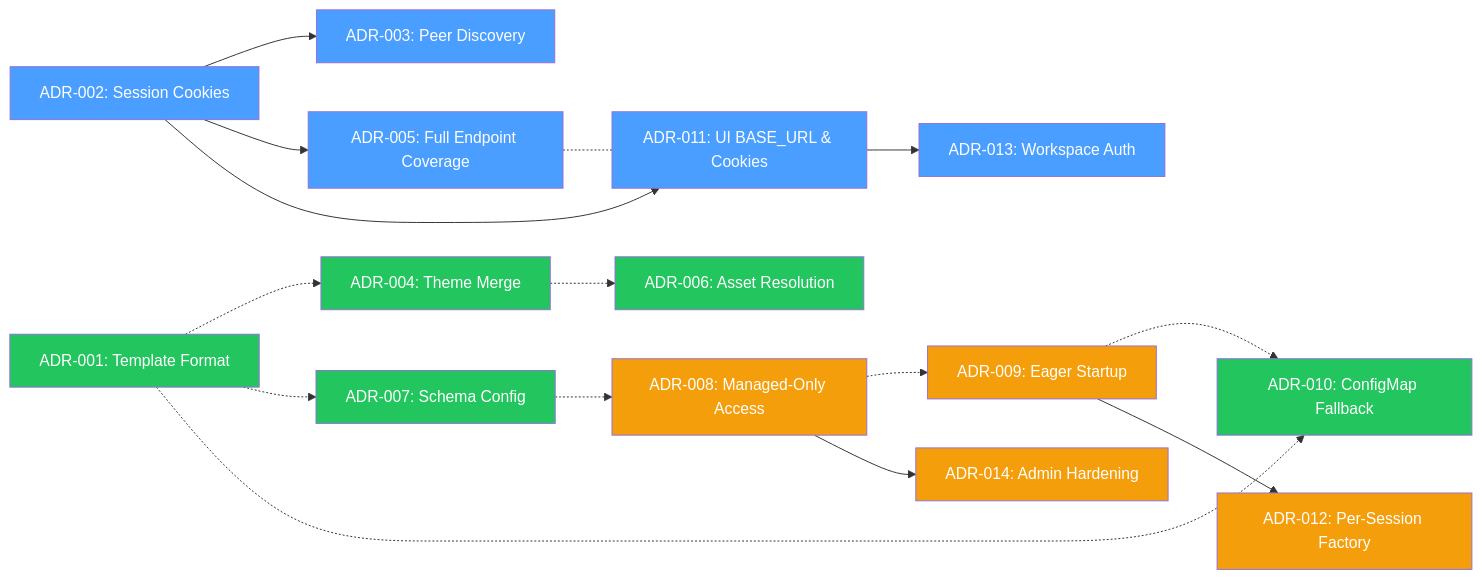
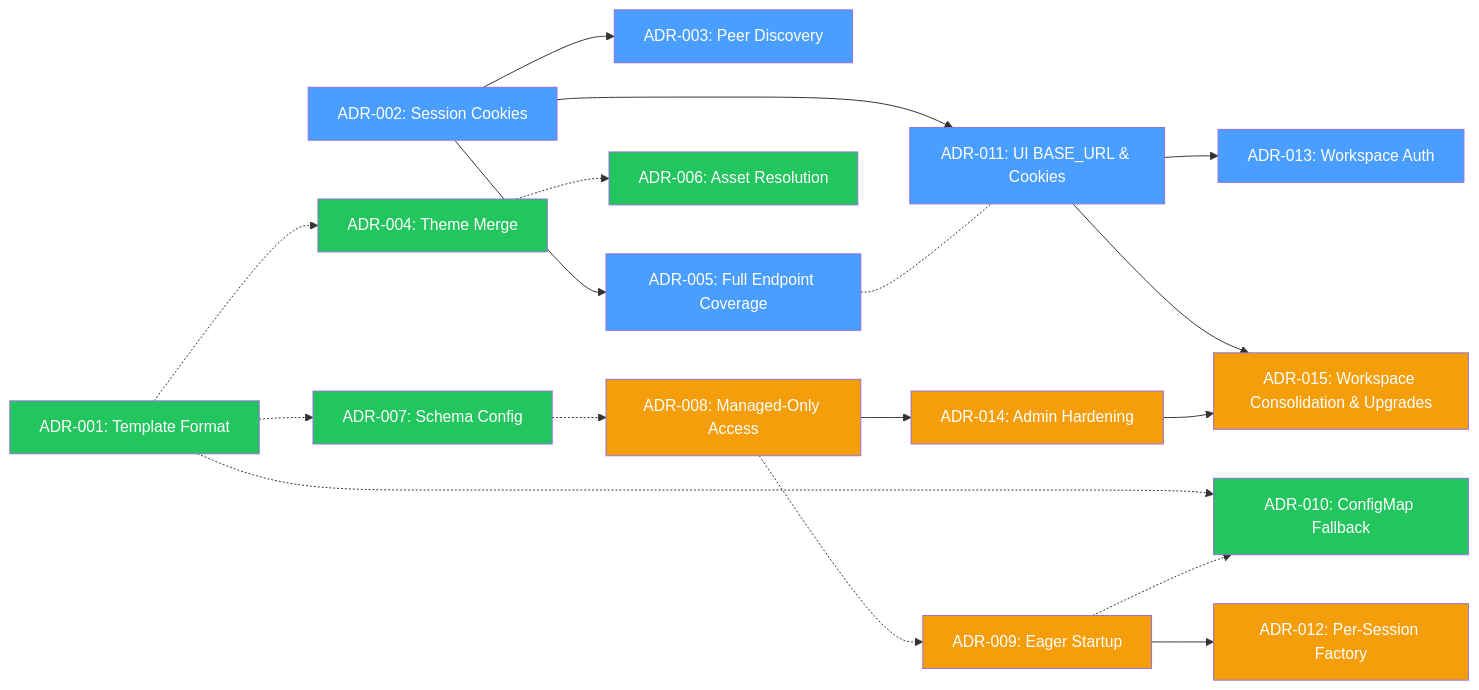
Before and after one commit to nogoo9/no-crd: the diagram in docs/decisions/index.md, drawn with Mermaid. The commit also changed other lines of this file and 38 other files, not shown here.

````diff
--- a/docs/decisions/index.md
+++ b/docs/decisions/index.md
@@ -39,31 +40,34 @@
 ```mermaid
 graph LR
     ADR002["ADR-002: Session Cookies"] --> ADR003["ADR-003: Peer Discovery"]
     ADR002 --> ADR005["ADR-005: Full Endpoint Coverage"]
     ADR001["ADR-001: Template Format"] -.-> ADR004["ADR-004: Theme Merge"]
     ADR004 -.-> ADR006["ADR-006: Asset Resolution"]
     ADR001 -.-> ADR007["ADR-007: Schema Config"]
     ADR007 -.-> ADR008["ADR-008: Managed-Only Access"]
     ADR008 -.-> ADR009["ADR-009: Eager Startup"]
     ADR001 -.-> ADR010["ADR-010: ConfigMap Fallback"]
     ADR009 -.-> ADR010
     ADR002 --> ADR011["ADR-011: UI BASE_URL & Cookies"]
     ADR005 -.- ADR011
     ADR009 --> ADR012["ADR-012: Per-Session Factory"]
     ADR011 --> ADR013["ADR-013: Workspace Auth"]
     ADR008 --> ADR014["ADR-014: Admin Hardening"]
+    ADR011 --> ADR015["ADR-015: Workspace Consolidation & Upgrades"]
+    ADR014 --> ADR015
     style ADR002 fill:#4a9eff,color:#fff
     style ADR003 fill:#4a9eff,color:#fff
     style ADR005 fill:#4a9eff,color:#fff
     style ADR001 fill:#22c55e,color:#fff
     style ADR004 fill:#22c55e,color:#fff
     style ADR006 fill:#22c55e,color:#fff
     style ADR007 fill:#22c55e,color:#fff
     style ADR008 fill:#f59e0b,color:#fff
     style ADR009 fill:#f59e0b,color:#fff
     style ADR010 fill:#22c55e,color:#fff
     style ADR011 fill:#4a9eff,color:#fff
     style ADR012 fill:#f59e0b,color:#fff
     style ADR013 fill:#4a9eff,color:#fff
     style ADR014 fill:#f59e0b,color:#fff
+    style ADR015 fill:#f59e0b,color:#fff
 ```
````
